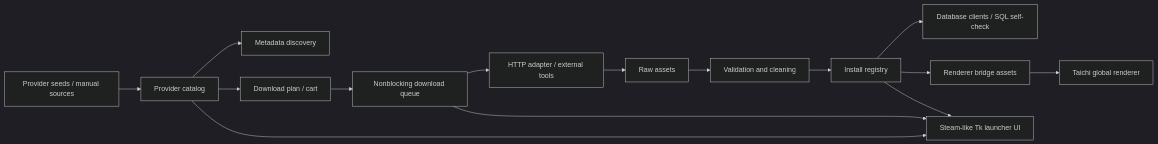
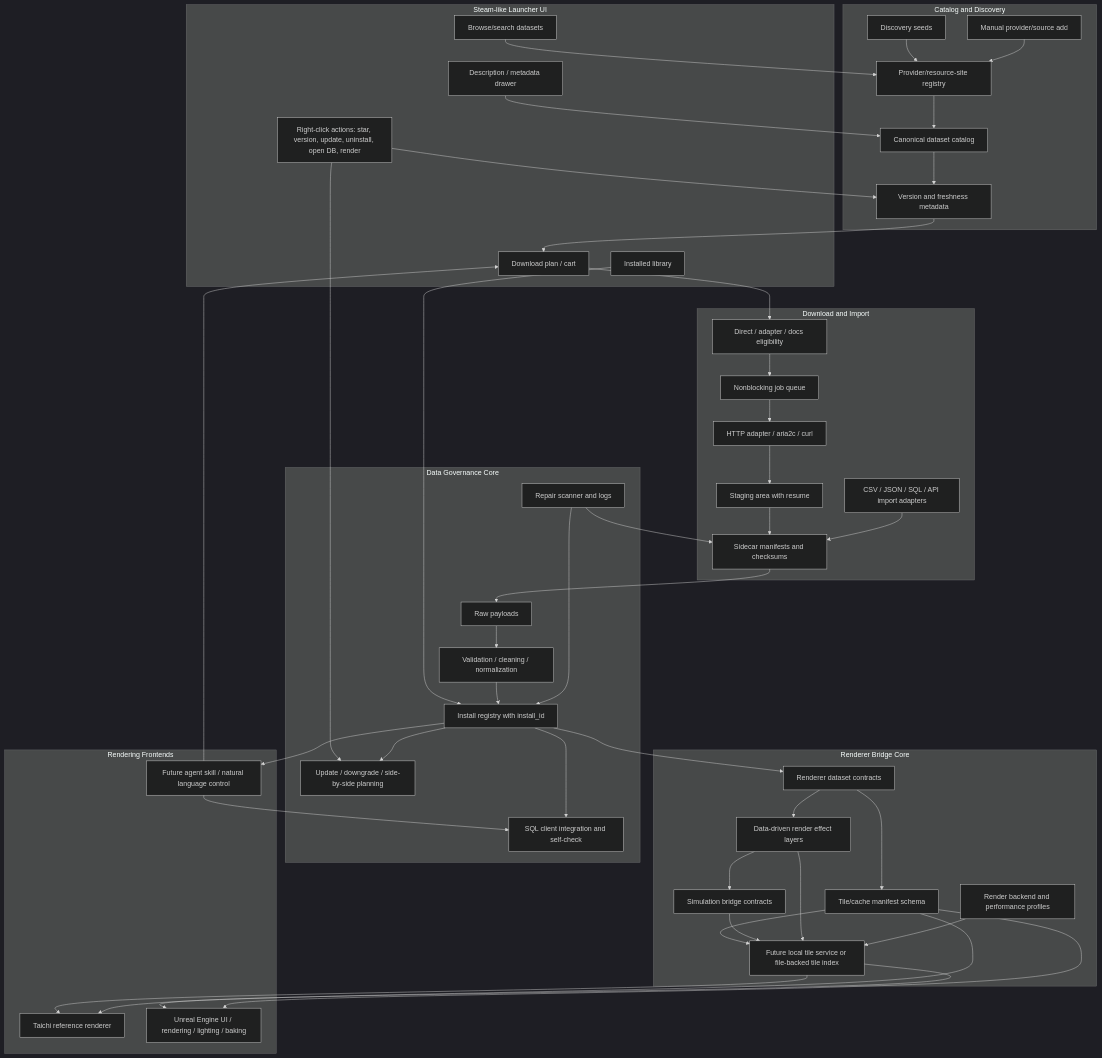
One commit to YanAnnLu/APIkeys_collection changed the diagram in docs/ARCHITECTURE.md. Above: the diagram before and after it, drawn with Mermaid (dark theme). The commit also changed other lines of this file and 25 other files, not shown here.

````diff
--- a/docs/ARCHITECTURE.md
+++ b/docs/ARCHITECTURE.md
@@ -12,17 +18,94 @@
 ```mermaid
-flowchart LR
-    Seeds[Provider seeds / manual sources] --> Catalog[Provider catalog]
-    Catalog --> Discovery[Metadata discovery]
-    Catalog --> Plan[Download plan / cart]
-    Plan --> Queue[Nonblocking download queue]
-    Queue --> Transfer[HTTP adapter / external tools]
-    Transfer --> Raw[Raw assets]
-    Raw --> Curation[Validation and cleaning]
-    Curation --> Registry[Install registry]
-    Registry --> SQL[Database clients / SQL self-check]
-    Registry --> Bridge[Renderer bridge assets]
-    Bridge --> Taichi[Taichi global renderer]
-    Catalog --> UI[Steam-like Tk launcher UI]
-    Queue --> UI
-    Registry --> UI
+flowchart TD
+    subgraph UI[Steam-like Launcher UI]
+        Browse[Browse/search datasets]
+        Detail[Description / metadata drawer]
+        Cart[Download plan / cart]
+        Library[Installed library]
+        Actions[Right-click actions: star, version, update, uninstall, open DB, render]
+    end
+
+    subgraph Catalog[Catalog and Discovery]
+        Seeds[Discovery seeds]
+        Manual[Manual provider/source add]
+        Providers[Provider/resource-site registry]
+        Datasets[Canonical dataset catalog]
+        Versions[Version and freshness metadata]
+    end
+
+    subgraph Download[Download and Import]
+        Eligibility[Direct / adapter / docs eligibility]
+        Queue[Nonblocking job queue]
+        Transfer[HTTP adapter / aria2c / curl]
+        Staging[Staging area with resume]
+        Manifests[Sidecar manifests and checksums]
+        Imports[CSV / JSON / SQL / API import adapters]
+    end
+
+    subgraph DataCore[Data Governance Core]
+        Raw[Raw payloads]
+        Curation[Validation / cleaning / normalization]
+        Install[Install registry with install_id]
+        Repair[Repair scanner and logs]
+        SQL[SQL client integration and self-check]
+        Update[Update / downgrade / side-by-side planning]
+    end
+
+    subgraph RenderCore[Renderer Bridge Core]
+        Contracts[Renderer dataset contracts]
+        Tiles[Tile/cache manifest schema]
+        Budget[Render backend and performance profiles]
+        Effects[Data-driven render effect layers]
+        SimBridge[Simulation bridge contracts]
+        Service[Future local tile service or file-backed tile index]
+    end
+
+    subgraph Frontends[Rendering Frontends]
+        Taichi[Taichi reference renderer]
+        Unreal[Unreal Engine UI / rendering / lighting / baking]
+        Agents[Future agent skill / natural language control]
+    end
+
+    Browse --> Providers
+    Detail --> Datasets
+    Cart --> Eligibility
+    Library --> Install
+    Actions --> Versions
+    Actions --> Update
+
+    Seeds --> Providers
+    Manual --> Providers
+    Providers --> Datasets
+    Datasets --> Versions
+    Versions --> Cart
+
+    Eligibility --> Queue
+    Queue --> Transfer
+    Transfer --> Staging
+    Staging --> Manifests
+    Imports --> Manifests
+    Manifests --> Raw
+
+    Raw --> Curation
+    Curation --> Install
+    Install --> SQL
+    Install --> Update
+    Repair --> Install
+    Repair --> Manifests
+
+    Install --> Contracts
+    Contracts --> Tiles
+    Contracts --> Effects
+    Effects --> SimBridge
+    Tiles --> Service
+    SimBridge --> Service
+    Effects --> Service
+    Budget --> Service
+    Service --> Taichi
+    Service --> Unreal
+    Tiles --> Taichi
+    Tiles --> Unreal
+    Install --> Agents
+    Agents --> Cart
+    Agents --> SQL
 ```
````
